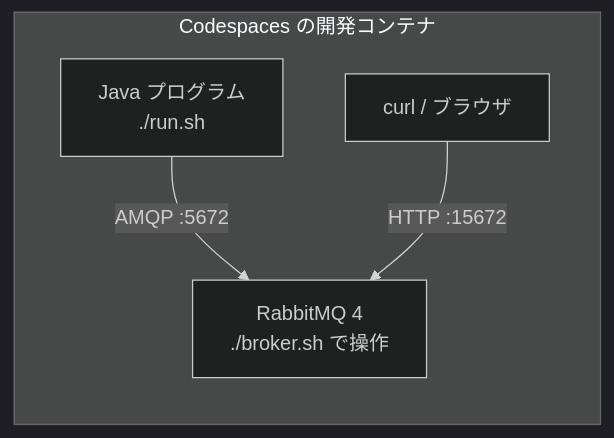
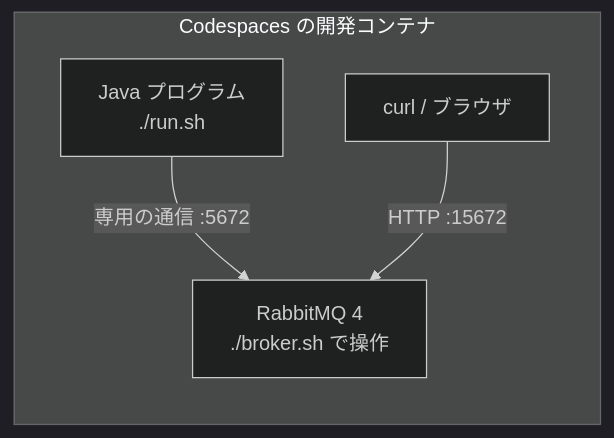
One commit to t-inoue0214/starter-web-async changed the second of 2 diagrams in chapters/00-overview.md. Above: the diagram before and after it, drawn with Mermaid (dark theme). The commit also changed other lines of this file and 96 other files, not shown here.

````diff
--- a/chapters/00-overview.md
+++ b/chapters/00-overview.md
@@ -60,7 +62,7 @@
 ```mermaid
 flowchart LR
     subgraph Codespace[Codespaces の開発コンテナ]
-        Java[Java プログラム<br>./run.sh] -->|AMQP :5672| RMQ[RabbitMQ 4<br>./broker.sh で操作]
+        Java[Java プログラム<br>./run.sh] -->|専用の通信 :5672| RMQ[RabbitMQ 4<br>./broker.sh で操作]
         Curl[curl / ブラウザ] -->|HTTP :15672| RMQ
     end
 ```
````
